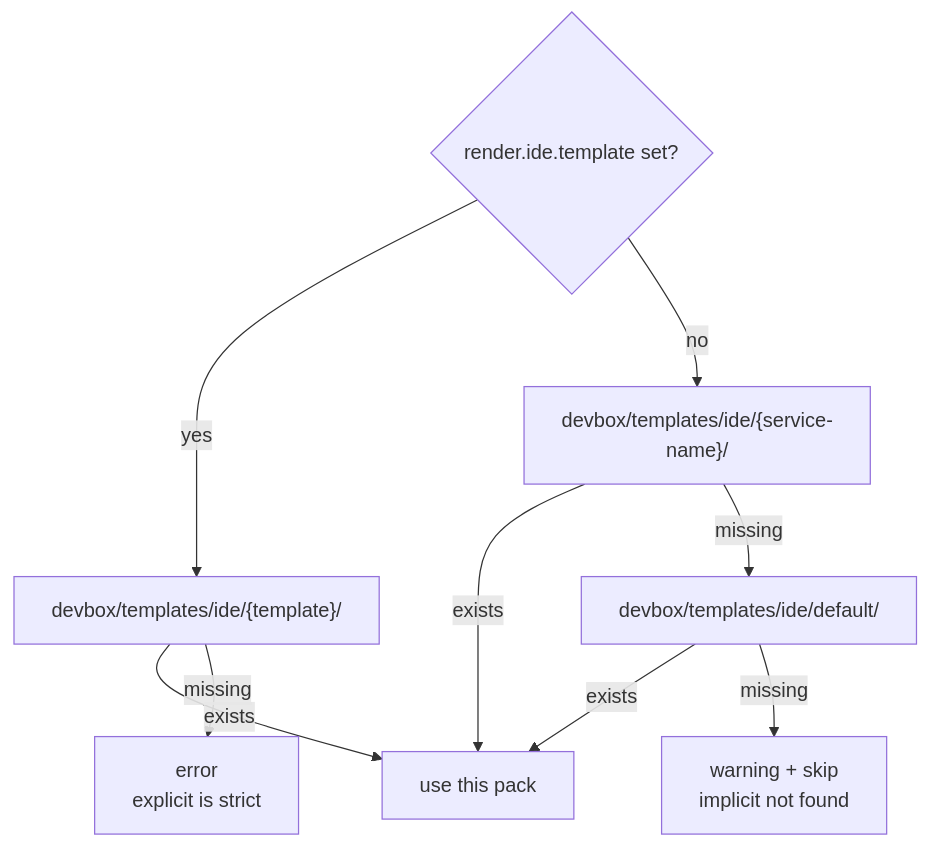
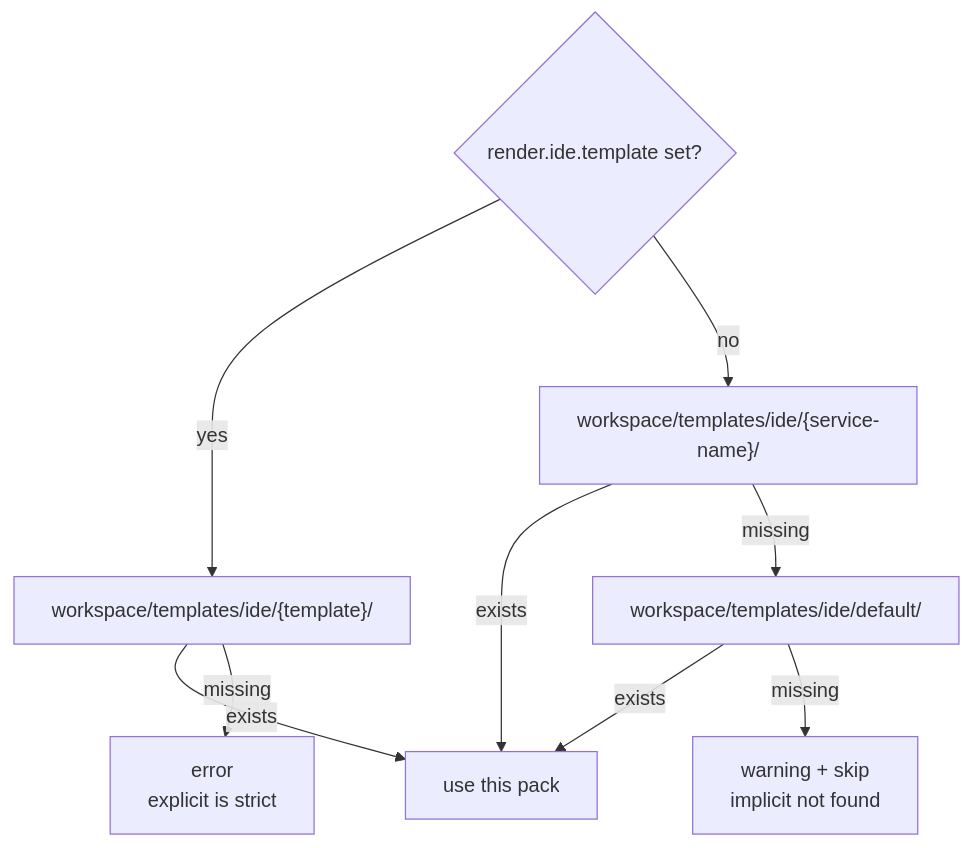
One commit to semsemyonoff/dwe changed the third of 3 diagrams in docs/reference/render/ide.md. Above: the diagram before and after it, drawn with Mermaid. The commit also changed other lines of this file and 113 other files, not shown here.

````diff
--- a/docs/reference/render/ide.md
+++ b/docs/reference/render/ide.md
@@ -106,12 +106,12 @@
 ```mermaid
 flowchart TD
   S{"render.ide.template set?"}
-  S -- yes --> EX["devbox/templates/ide/{template}/"]
+  S -- yes --> EX["workspace/templates/ide/{template}/"]
   EX -- exists --> USE["use this pack"]
   EX -- missing --> ERR["error<br/>explicit is strict"]
-  S -- no --> SN["devbox/templates/ide/{service-name}/"]
+  S -- no --> SN["workspace/templates/ide/{service-name}/"]
   SN -- exists --> USE
-  SN -- missing --> DEF["devbox/templates/ide/default/"]
+  SN -- missing --> DEF["workspace/templates/ide/default/"]
   DEF -- exists --> USE
   DEF -- missing --> WARN["warning + skip<br/>implicit not found"]
 ```
````
